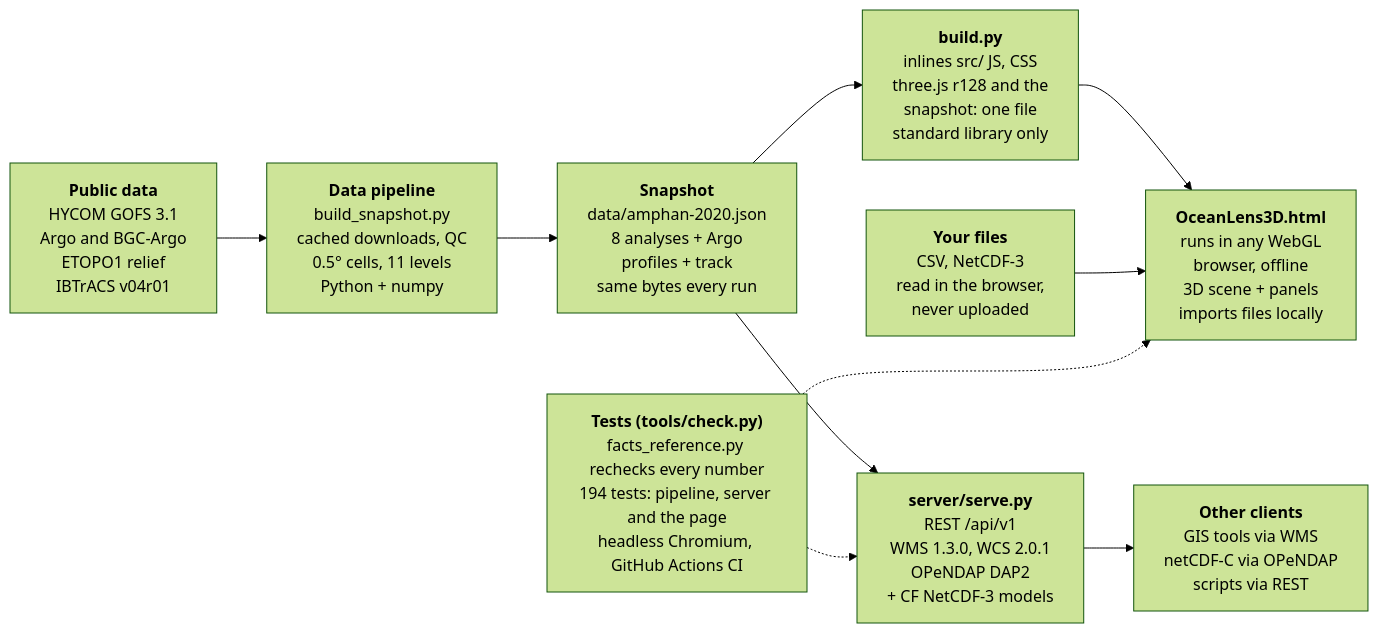
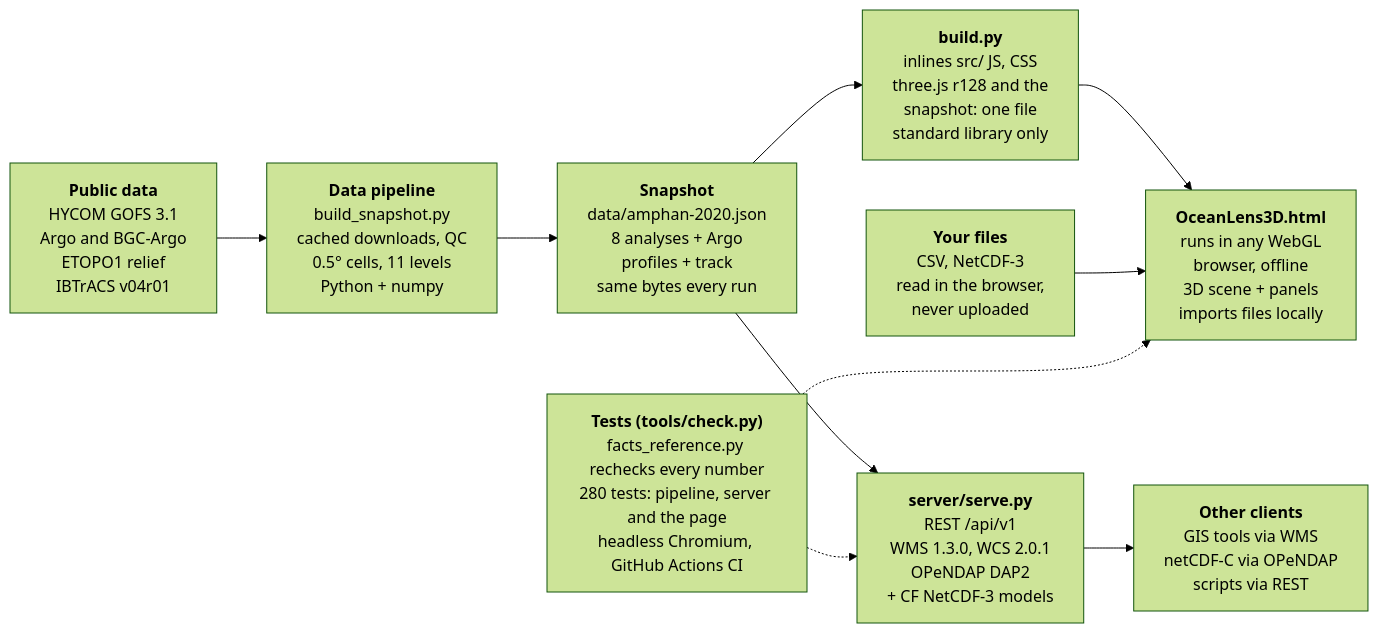
Before and after one commit to Rehaan15790/OceanLens-3D: the second of 2 diagrams in docs/PRESENTER_GUIDE.md, drawn with Mermaid (forest theme). The commit also changed other lines of this file and 4 other files, not shown here.

````diff
--- a/docs/PRESENTER_GUIDE.md
+++ b/docs/PRESENTER_GUIDE.md
@@ -275,17 +277,17 @@
 ```mermaid
 flowchart LR
   SRC["<b>Public data</b><br/>HYCOM GOFS 3.1<br/>Argo and BGC-Argo<br/>ETOPO1 relief<br/>IBTrACS v04r01"]
   PIPE["<b>Data pipeline</b><br/>build_snapshot.py<br/>cached downloads, QC<br/>0.5° cells, 11 levels<br/>Python + numpy"]
   SNAP["<b>Snapshot</b><br/>data/amphan-2020.json<br/>8 analyses + Argo<br/>profiles + track<br/>same bytes every run"]
   BUILD["<b>build.py</b><br/>inlines src/ JS, CSS<br/>three.js r128 and the<br/>snapshot: one file<br/>standard library only"]
   APP["<b>OceanLens3D.html</b><br/>runs in any WebGL<br/>browser, offline<br/>3D scene + panels<br/>imports files locally"]
   SRV["<b>server/serve.py</b><br/>REST /api/v1<br/>WMS 1.3.0, WCS 2.0.1<br/>OPeNDAP DAP2<br/>+ CF NetCDF-3 models"]
   CLI["<b>Other clients</b><br/>GIS tools via WMS<br/>netCDF-C via OPeNDAP<br/>scripts via REST"]
   FILES["<b>Your files</b><br/>CSV, NetCDF-3<br/>read in the browser,<br/>never uploaded"]
-  TESTS["<b>Tests (tools/check.py)</b><br/>facts_reference.py rechecks every number<br/>194 tests: pipeline, server and the page<br/>headless Chromium, GitHub Actions CI"]
+  TESTS["<b>Tests (tools/check.py)</b><br/>facts_reference.py rechecks every number<br/>280 tests: pipeline, server and the page<br/>headless Chromium, GitHub Actions CI"]
   SRC --> PIPE --> SNAP --> BUILD --> APP
   SNAP --> SRV --> CLI
   FILES --> APP
   TESTS -.-> SRV
   TESTS -.-> APP
 ```
````
